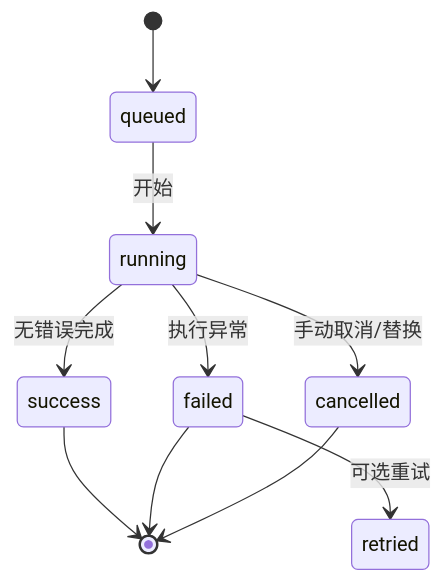
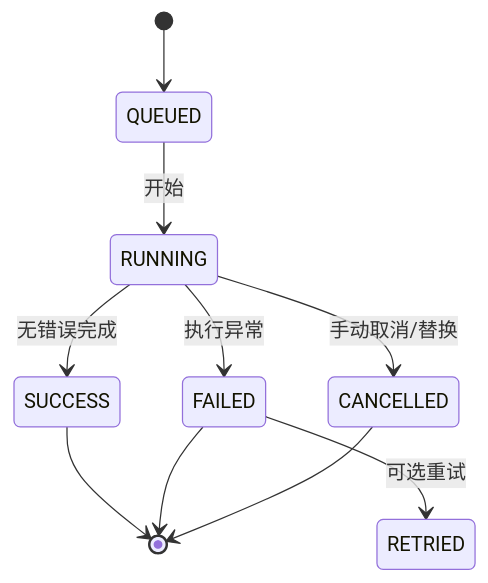
The sixth of 6 diagrams in README.md (d4551/vertu-edge), drawn with Mermaid before and after one commit. The commit also changed other lines of this file, not shown here.

Commit message:
docs: stabilize Mermaid charts in bilingual README

````diff
--- a/README.md
+++ b/README.md
@@ -385,12 +385,12 @@
 ```mermaid
 stateDiagram-v2
-    [*] --> queued
-    queued --> running : 开始
-    running --> success : 无错误完成
-    running --> failed : 执行异常
-    running --> cancelled : 手动取消/替换
-    failed --> retried : 可选重试
-    success --> [*]
-    failed --> [*]
-    cancelled --> [*]
+    [*] --> QUEUED
+    QUEUED --> RUNNING : 开始
+    RUNNING --> SUCCESS : 无错误完成
+    RUNNING --> FAILED : 执行异常
+    RUNNING --> CANCELLED : 手动取消/替换
+    FAILED --> RETRIED : 可选重试
+    SUCCESS --> [*]
+    FAILED --> [*]
+    CANCELLED --> [*]
 ```
````
